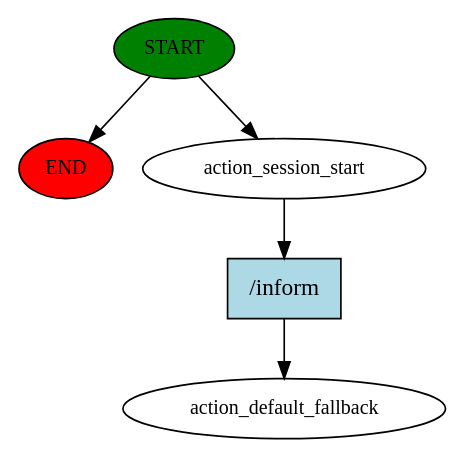
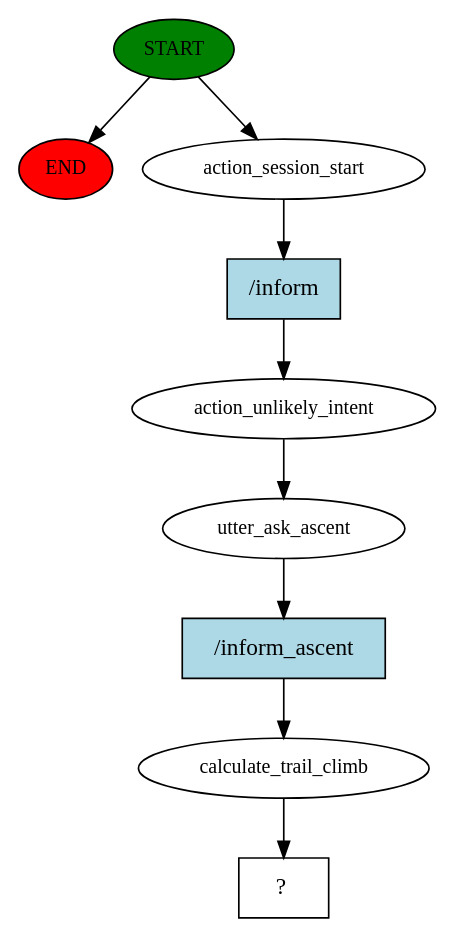
The diagram in PeakPerformanceBot/story_graph.dot (Tomaicho/AI_Chatbot), drawn with Graphviz before and after one commit. The commit also changed 23 other files, not shown here.

```diff
--- a/PeakPerformanceBot/story_graph.dot
+++ b/PeakPerformanceBot/story_graph.dot
@@ -1,11 +1,19 @@
 digraph  {
 0 [class="start active", fillcolor=green, fontsize=12, label=START, style=filled];
 "-1" [class=end, fillcolor=red, fontsize=12, label=END, style=filled];
 1 [class=active, fontsize=12, label=action_session_start];
-2 [class="dashed active", fontsize=12, label=action_default_fallback];
-3 [class="intent active", fillcolor=lightblue, label="/inform", shape=rect, style=filled];
+2 [class=active, fontsize=12, label=action_unlikely_intent];
+3 [class=active, fontsize=12, label=utter_ask_ascent];
+4 [class=active, fontsize=12, label=calculate_trail_climb];
+5 [class="intent dashed active", label="  ?  ", shape=rect];
+6 [class="intent active", fillcolor=lightblue, label="/inform", shape=rect, style=filled];
+7 [class="intent active", fillcolor=lightblue, label="/inform_ascent", shape=rect, style=filled];
 0 -> "-1"  [class="", key=NONE, label=""];
 0 -> 1  [class=active, key=NONE, label=""];
-1 -> 3  [class=active, key=0];
-3 -> 2  [class=active, key=0];
+1 -> 6  [class=active, key=0];
+2 -> 3  [class=active, key=NONE, label=""];
+3 -> 7  [class=active, key=0];
+4 -> 5  [class=active, key=NONE, label=""];
+6 -> 2  [class=active, key=0];
+7 -> 4  [class=active, key=0];
 }
```
